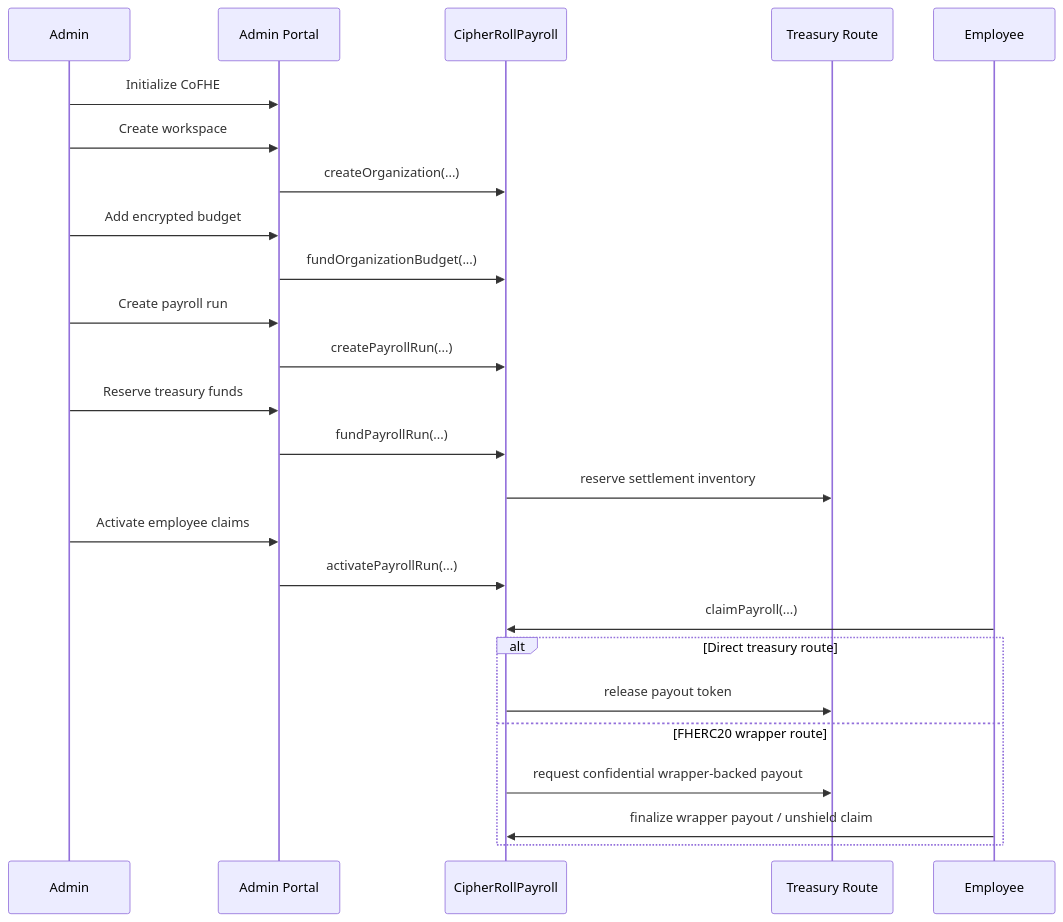
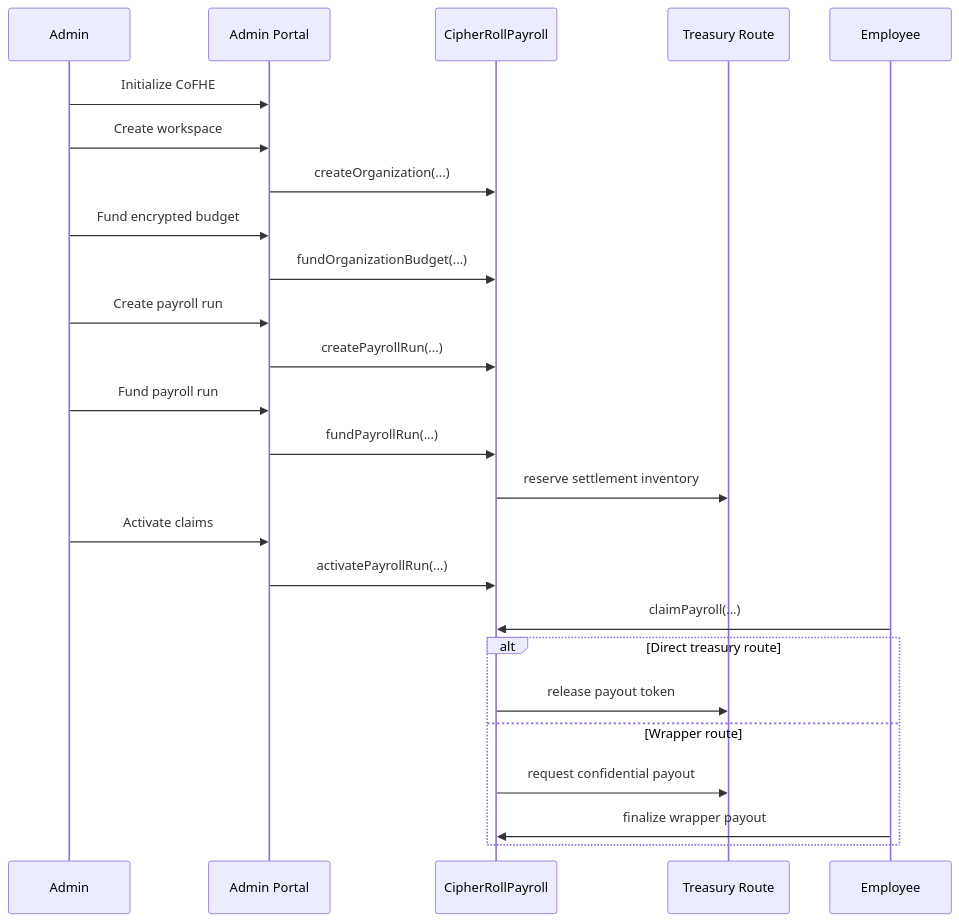
Before and after one commit to PhanTom497/CipherRoll: the second of 2 diagrams in docs/ARCHITECTURE.md, drawn with Mermaid. The commit also changed other lines of this file and 5 other files, not shown here.

````diff
--- a/docs/ARCHITECTURE.md
+++ b/docs/ARCHITECTURE.md
@@ -185,34 +165,34 @@
 ```mermaid
 sequenceDiagram
     participant Admin
     participant AdminPortal as Admin Portal
     participant Payroll as CipherRollPayroll
     participant Treasury as Treasury Route
     participant Employee
 
     Admin->>AdminPortal: Initialize CoFHE
     Admin->>AdminPortal: Create workspace
     AdminPortal->>Payroll: createOrganization(...)
 
-    Admin->>AdminPortal: Add encrypted budget
+    Admin->>AdminPortal: Fund encrypted budget
     AdminPortal->>Payroll: fundOrganizationBudget(...)
 
     Admin->>AdminPortal: Create payroll run
     AdminPortal->>Payroll: createPayrollRun(...)
 
-    Admin->>AdminPortal: Reserve treasury funds
+    Admin->>AdminPortal: Fund payroll run
     AdminPortal->>Payroll: fundPayrollRun(...)
     Payroll->>Treasury: reserve settlement inventory
 
-    Admin->>AdminPortal: Activate employee claims
+    Admin->>AdminPortal: Activate claims
     AdminPortal->>Payroll: activatePayrollRun(...)
 
     Employee->>Payroll: claimPayroll(...)
 
     alt Direct treasury route
         Payroll->>Treasury: release payout token
-    else FHERC20 wrapper route
-        Payroll->>Treasury: request confidential wrapper-backed payout
-        Employee->>Payroll: finalize wrapper payout / unshield claim
+    else Wrapper route
+        Payroll->>Treasury: request confidential payout
+        Employee->>Payroll: finalize wrapper payout
     end
 ```
````
